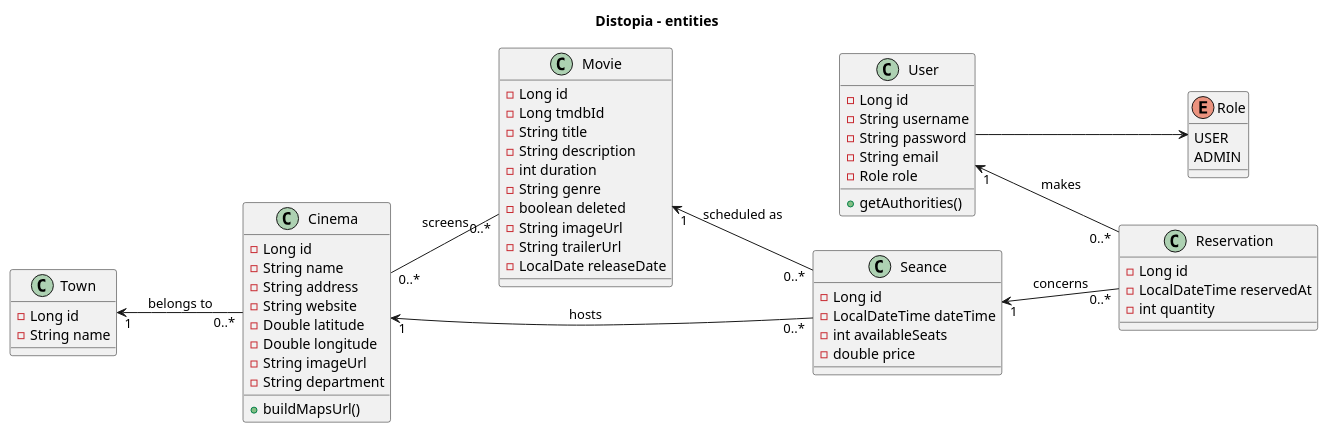
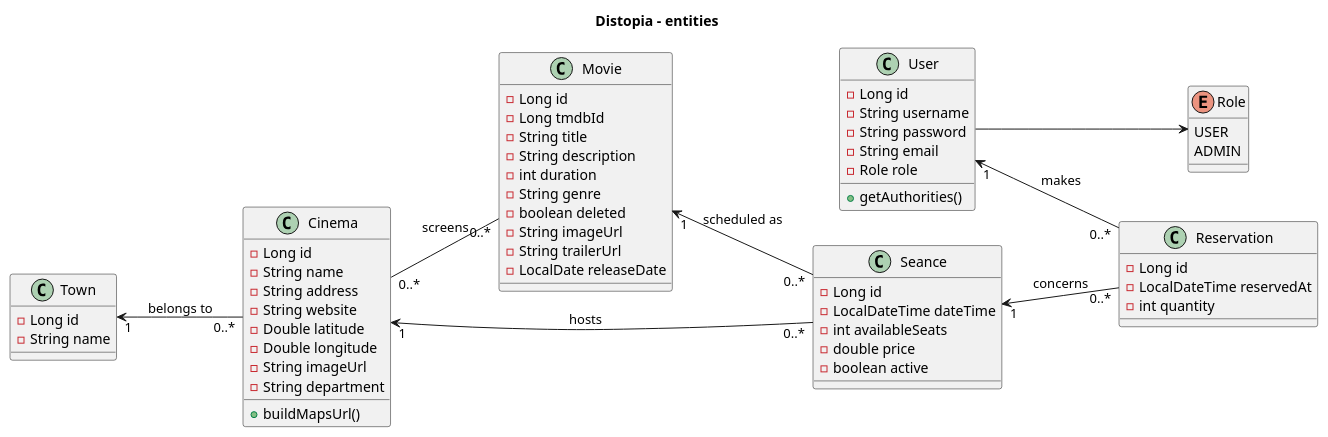
The diagram in docs/02-Class/Class-entities.puml (john7440/Distopia), drawn with PlantUML before and after one commit. The commit also changed 1 other file, not shown here.

Commit message:
maj du diagramme de classe (ajout de l'attribut boolean active a Seance)

```diff
--- a/docs/02-Class/Class-entities.puml
+++ b/docs/02-Class/Class-entities.puml
@@ -1,72 +1,73 @@
 @startuml
 left to right direction
 title Distopia - entities
 
 
 class User {
     - Long id
     - String username
     - String password
     - String email
     - Role role
     + getAuthorities()
 }
 
 enum Role {
     USER
     ADMIN
 }
 
 class Town {
     - Long id
     - String name
 }
 
 class Cinema {
     - Long id
     - String name
     - String address
     - String website
     - Double latitude
     - Double longitude
     - String imageUrl
     - String department
     + buildMapsUrl()
 }
 
 class Movie {
     - Long id
     - Long tmdbId
     - String title
     - String description
     - int duration
     - String genre
     - boolean deleted
     - String imageUrl
     - String trailerUrl
     - LocalDate releaseDate
 }
 
 class Seance {
     - Long id
     - LocalDateTime dateTime
     - int availableSeats
     - double price
+    - boolean active
 }
 
 class Reservation {
     - Long id
     - LocalDateTime reservedAt
     - int quantity
 }
 
 User --> Role
 
 Town "1" <-- "0..*" Cinema : belongs to
 Cinema "0..*" -- "0..*" Movie : screens
 Movie "1" <-- "0..*" Seance : scheduled as
 Cinema "1" <-- "0..*" Seance : hosts
 User "1" <-- "0..*" Reservation : makes
 Seance "1" <-- "0..*" Reservation : concerns
 
 @enduml
```
